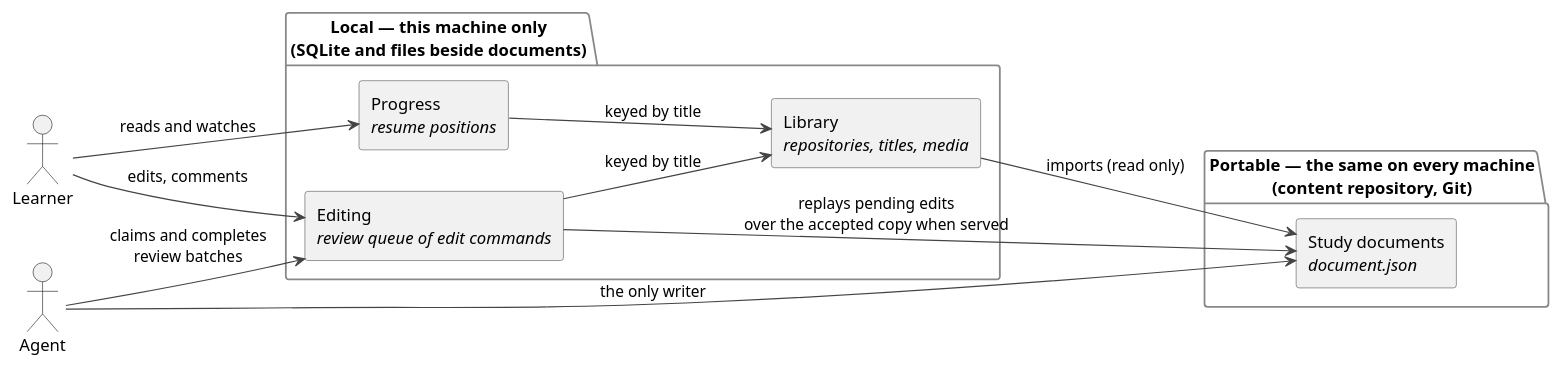
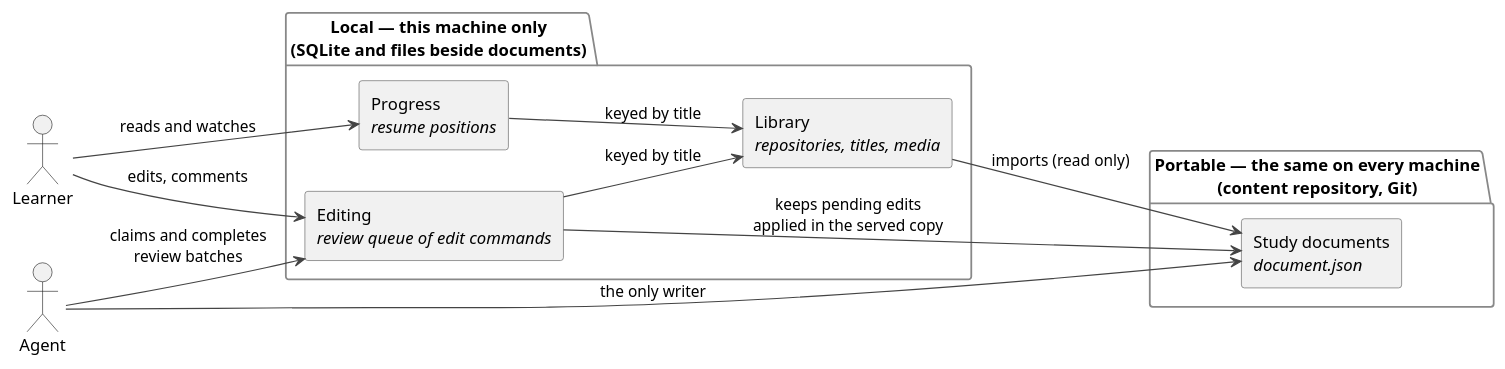
One commit to parkie213/petites-roues changed the diagram in docs/diagrams/domains.puml. Above: the diagram before and after it, drawn with PlantUML. The commit also changed 36 other files, not shown here.

First line of the commit message:
Store a served copy of each document so reads need no replay

```diff
--- a/docs/diagrams/domains.puml
+++ b/docs/diagrams/domains.puml
@@ -1,30 +1,30 @@
 @startuml
 skinparam shadowing false
 skinparam defaultFontName sans-serif
 skinparam rectangleBorderColor #555555
 skinparam packageBorderColor #888888
 skinparam ArrowColor #444444
 left to right direction
 
 actor Learner
 actor "Agent" as Agent
 
 package "Portable — the same on every machine\n(content repository, Git)" as portable {
   rectangle "Study documents\n<i>document.json</i>" as Documents
 }
 
 package "Local — this machine only\n(SQLite and files beside documents)" as local {
   rectangle "Library\n<i>repositories, titles, media</i>" as Library
   rectangle "Editing\n<i>review queue of edit commands</i>" as Editing
   rectangle "Progress\n<i>resume positions</i>" as Progress
 }
 
 Library --> Documents : imports (read only)
-Editing --> Documents : replays pending edits\nover the accepted copy when served
+Editing --> Documents : keeps pending edits\napplied in the served copy
 Agent --> Documents : the only writer
 Agent --> Editing : claims and completes\nreview batches
 Learner --> Editing : edits, comments
 Learner --> Progress : reads and watches
 Progress --> Library : keyed by title
 Editing --> Library : keyed by title
 @enduml
```
